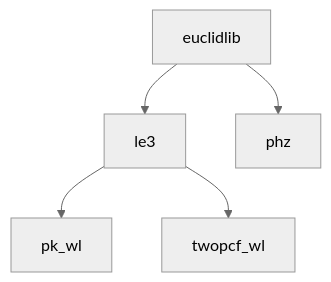
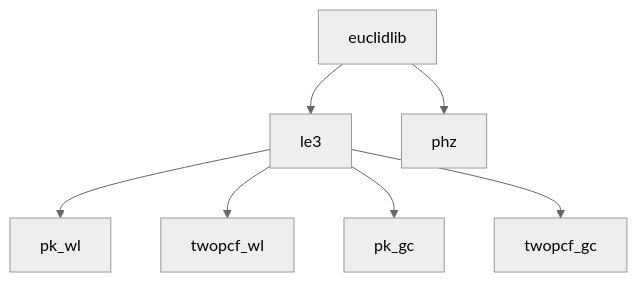
Before and after one commit to euclidlib/euclidlib: the diagram in README.md, drawn with Mermaid (neutral theme). The commit also changed 8 other files, not shown here.

````diff
--- a/README.md
+++ b/README.md
@@ -44,16 +44,20 @@
 ```mermaid
 graph TD
     EUCLIDLIB[euclidlib]
 
     LE3[le3]
-    PK[pk_wl]
-    TWOPCF[twopcf_wl]
+    PK_WL[pk_wl]
+    TWOPCF_WL[twopcf_wl]
+    PK_GC[pk_gc]
+    TWOPCF_GC[twopcf_gc]
 
     PHZ[phz]
 
     EUCLIDLIB --> LE3
     EUCLIDLIB --> PHZ
 
-    LE3 --> PK
-    LE3 --> TWOPCF
+    LE3 --> PK_WL
+    LE3 --> TWOPCF_WL
+    LE3 --> PK_GC
+    LE3 --> TWOPCF_GC
 ```
````
